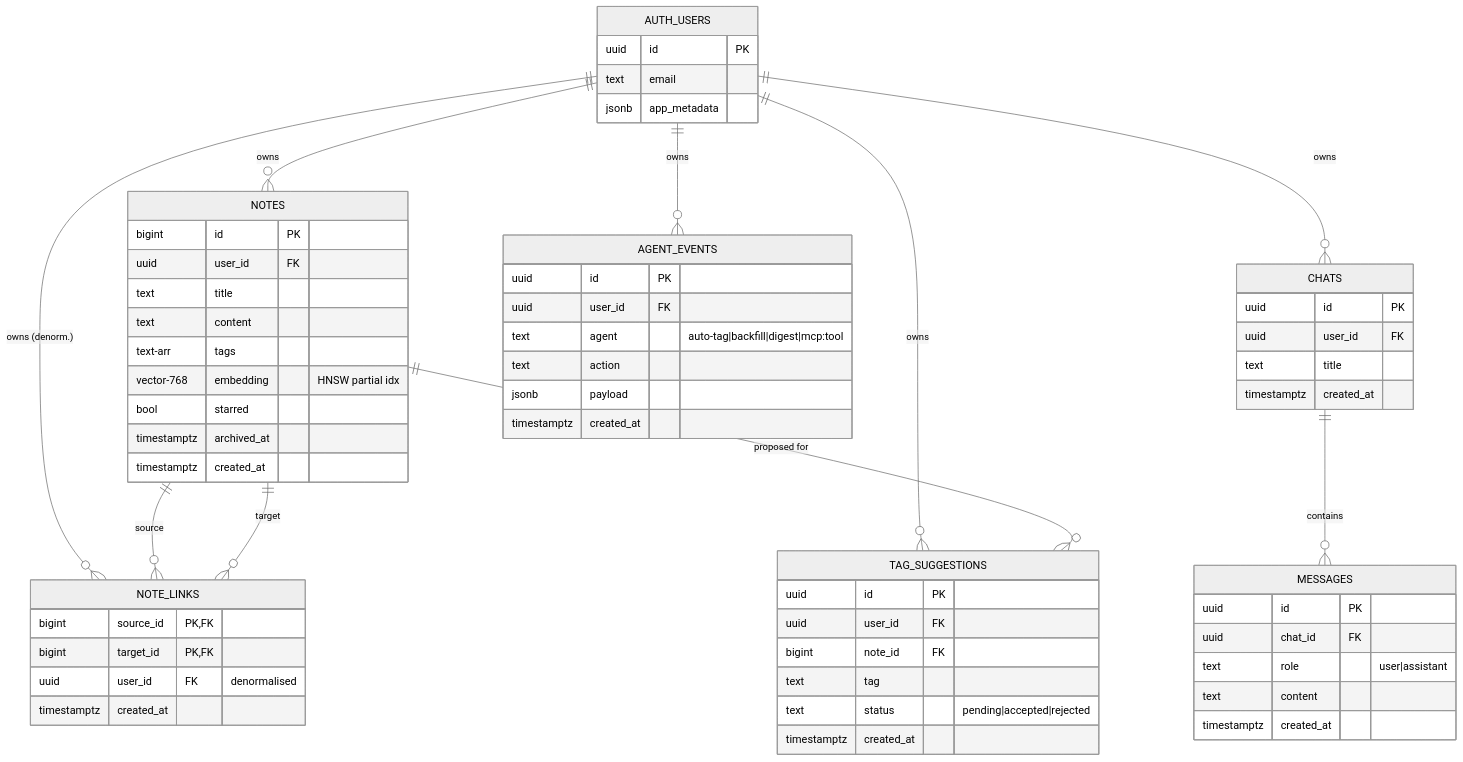
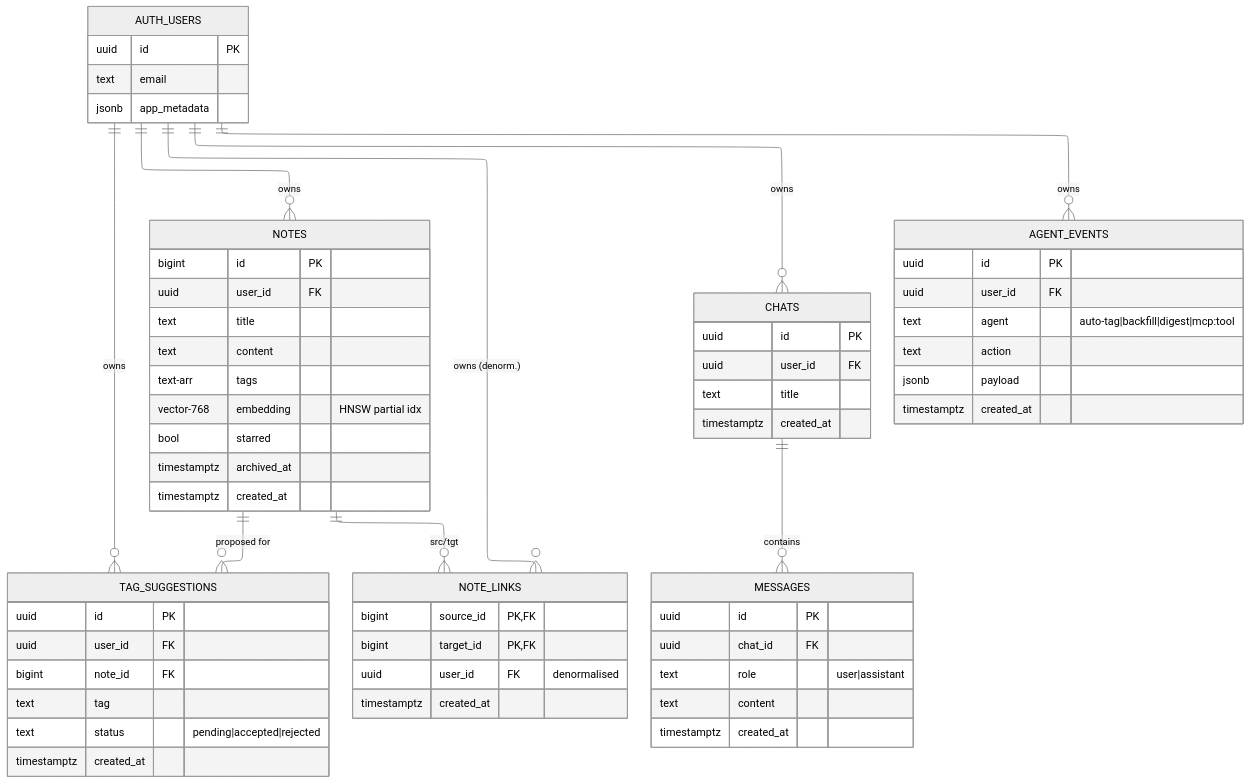
Before and after one commit to sergi-izquierdo/synapse-notes: the diagram in tfg/figures/er-diagram.mmd, drawn with Mermaid. The commit also changed 9 other files, not shown here.

First line of the commit message:
docs(tfg): bulk figure placement fix + 3 security diagrams

```diff
--- a/tfg/figures/er-diagram.mmd
+++ b/tfg/figures/er-diagram.mmd
@@ -1,63 +1,67 @@
-%%{init: {'theme': 'neutral'}}%%
+---
+config:
+  theme: neutral
+  layout: elk
+  look: classic
+---
 erDiagram
     AUTH_USERS ||--o{ NOTES : "owns"
     AUTH_USERS ||--o{ CHATS : "owns"
     AUTH_USERS ||--o{ AGENT_EVENTS : "owns"
     AUTH_USERS ||--o{ TAG_SUGGESTIONS : "owns"
     AUTH_USERS ||--o{ NOTE_LINKS : "owns (denorm.)"
     CHATS ||--o{ MESSAGES : "contains"
-    NOTES ||--o{ NOTE_LINKS : "source"
-    NOTES ||--o{ NOTE_LINKS : "target"
+    NOTES ||--o{ NOTE_LINKS : "src/tgt"
     NOTES ||--o{ TAG_SUGGESTIONS : "proposed for"
 
     AUTH_USERS {
         uuid id PK
         text email
         jsonb app_metadata
     }
     NOTES {
         bigint id PK
         uuid user_id FK
         text title
         text content
         text-arr tags
         vector-768 embedding "HNSW partial idx"
         bool starred
         timestamptz archived_at
         timestamptz created_at
     }
     CHATS {
         uuid id PK
         uuid user_id FK
         text title
         timestamptz created_at
     }
     MESSAGES {
         uuid id PK
         uuid chat_id FK
         text role "user|assistant"
         text content
         timestamptz created_at
     }
     AGENT_EVENTS {
         uuid id PK
         uuid user_id FK
         text agent "auto-tag|backfill|digest|mcp:tool"
         text action
         jsonb payload
         timestamptz created_at
     }
     TAG_SUGGESTIONS {
         uuid id PK
         uuid user_id FK
         bigint note_id FK
         text tag
         text status "pending|accepted|rejected"
         timestamptz created_at
     }
     NOTE_LINKS {
         bigint source_id PK,FK
         bigint target_id PK,FK
         uuid user_id FK "denormalised"
         timestamptz created_at
     }
```
